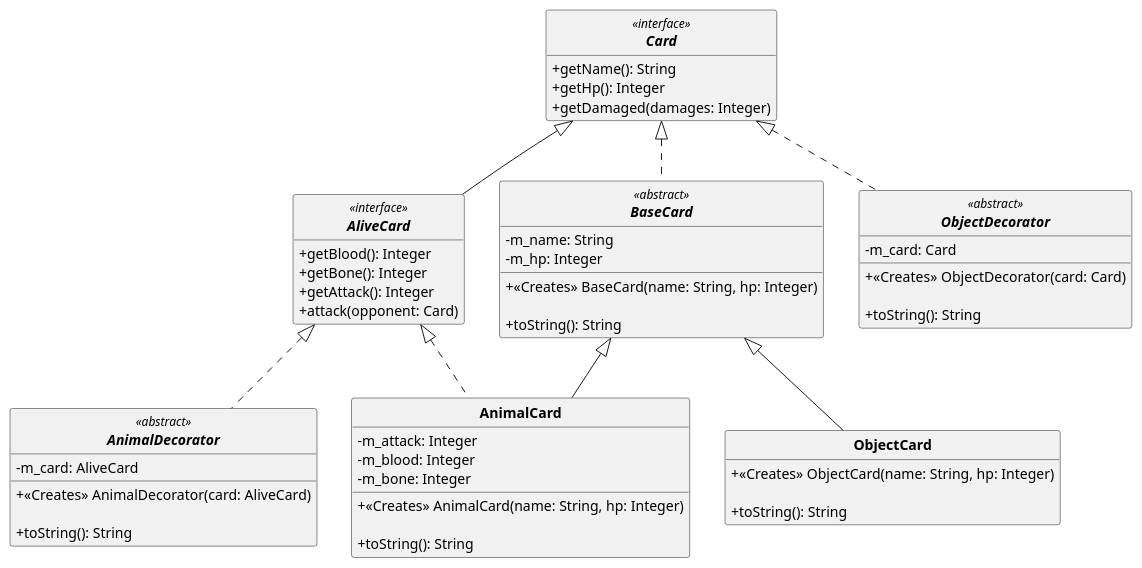
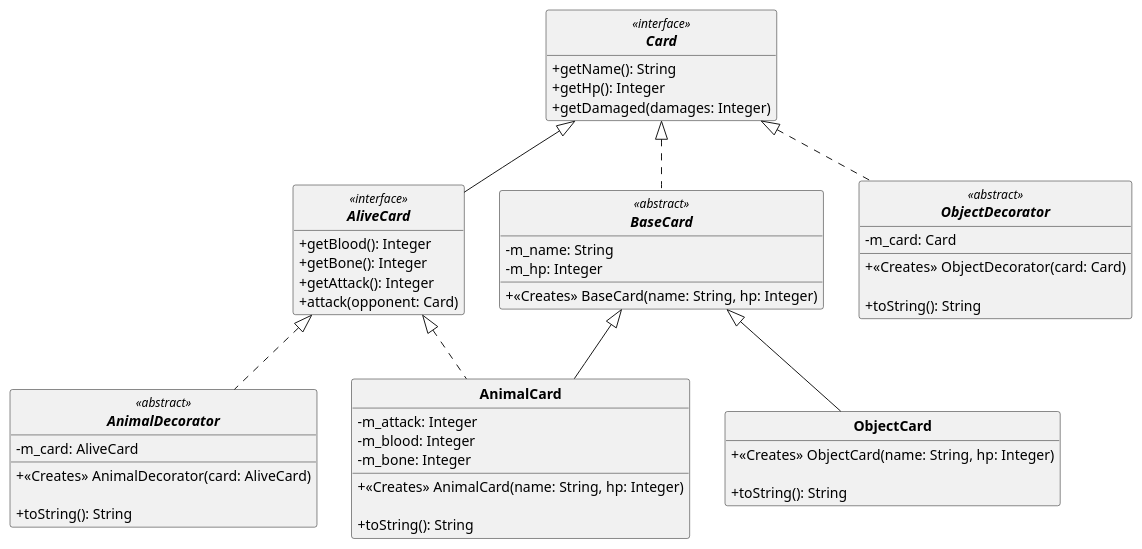
One commit to Guyomeuh/inscryption-tui changed the diagram in uml/cards.puml. Above: the diagram before and after it, drawn with PlantUML. The commit also changed 1 other file, not shown here.

Commit message:
ajouté classe ObjectCard et mis à jour uml

```diff
--- a/uml/cards.puml
+++ b/uml/cards.puml
@@ -1,62 +1,60 @@
 @startuml
 
 skinparam classAttributeIconSize 0
 skinparam classFontStyle Bold
 skinparam style strictuml
 hide empty members
 
 interface Card <<interface>> {
     + getName(): String
     + getHp(): Integer
     + getDamaged(damages: Integer)
 }
 
 interface AliveCard <<interface>> implements Card {
     + getBlood(): Integer
     + getBone(): Integer
     + getAttack(): Integer
     + attack(opponent: Card)
 }
 
 abstract class BaseCard <<abstract>> implements Card {
     - m_name: String 
     - m_hp: Integer 
 
     + <<Creates>> BaseCard(name: String, hp: Integer)
-
-    + toString(): String
 }
 
 class ObjectCard extends BaseCard {
     + <<Creates>> ObjectCard(name: String, hp: Integer)
 
     + toString(): String
 }
 
 class AnimalCard extends BaseCard implements AliveCard {
     - m_attack: Integer 
     - m_blood: Integer
     - m_bone: Integer
 
     + <<Creates>> AnimalCard(name: String, hp: Integer)
 
     + toString(): String
 }
 
 abstract class ObjectDecorator <<abstract>> implements Card {
     - m_card: Card 
 
     + <<Creates>> ObjectDecorator(card: Card)
 
     + toString(): String
 }
 
 abstract class AnimalDecorator <<abstract>> implements AliveCard {
     - m_card: AliveCard 
 
     + <<Creates>> AnimalDecorator(card: AliveCard)
 
     + toString(): String
 }
 
 @enduml
```
